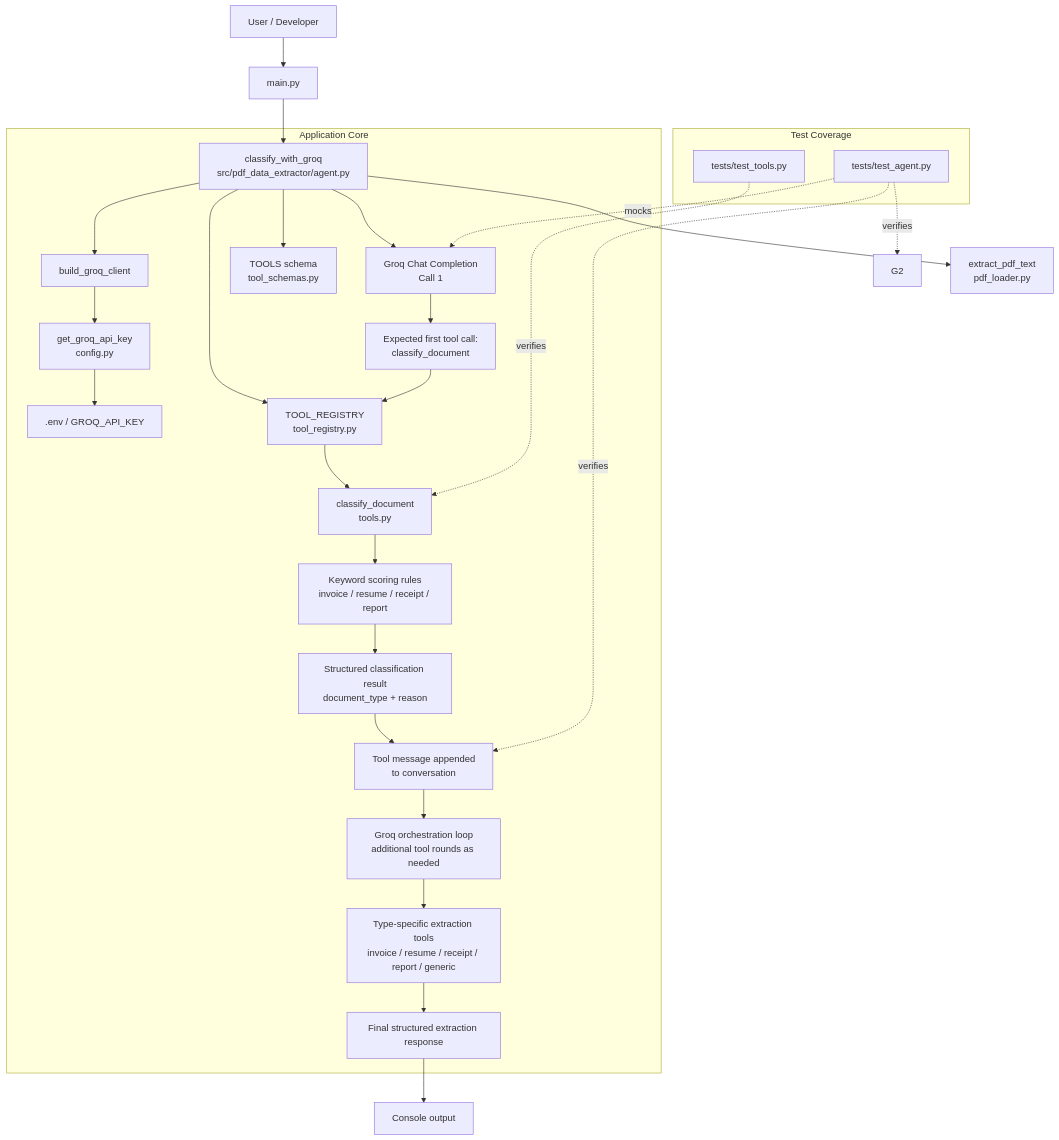
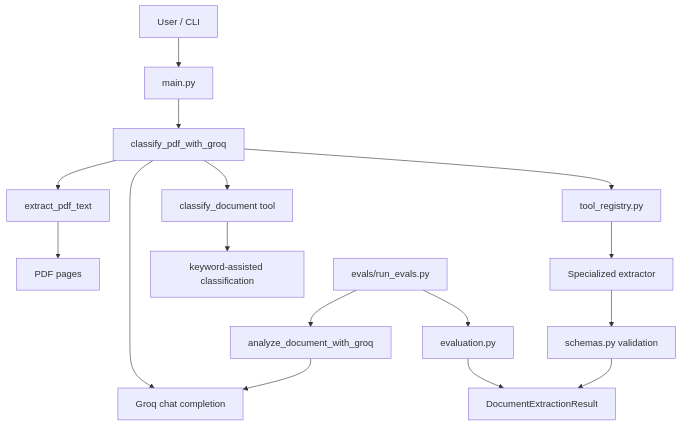
One commit to E-techgod/pdf-data-extractor changed the diagram in README.md. Above: the diagram before and after it, drawn with Mermaid. The commit also changed other lines of this file, not shown here.

````diff
--- a/README.md
+++ b/README.md
@@ -40,41 +51,19 @@
 ```mermaid
 flowchart TD
-    U[User / Developer] --> M[main.py]
-    M --> A[classify_with_groq<br/>src/pdf_data_extractor/agent.py]
+    U[User / CLI] --> M[main.py]
+    M --> P[classify_pdf_with_groq]
+    P --> L[extract_pdf_text]
+    L --> PDF[PDF pages]
+    P --> G[Groq chat completion]
+    P --> C[classify_document tool]
+    C --> K[keyword-assisted classification]
+    P --> R[tool_registry.py]
+    R --> X[Specialized extractor]
+    X --> S[schemas.py validation]
+    S --> O[DocumentExtractionResult]
 
-    subgraph AppCore[Application Core]
-        A --> C[build_groq_client]
-        C --> K[get_groq_api_key<br/>config.py]
-        K --> E[.env / GROQ_API_KEY]
-
-        A --> G1[Groq Chat Completion<br/>Call 1]
-        A --> S[TOOLS schema<br/>tool_schemas.py]
-        A --> R[TOOL_REGISTRY<br/>tool_registry.py]
-
-        G1 --> TC[Expected first tool call:<br/>classify_document]
-        TC --> R
-        R --> T[classify_document<br/>tools.py]
-
-        T --> KG[Keyword scoring rules<br/>invoice / resume / receipt / report]
-        KG --> CR[Structured classification result<br/>document_type + reason]
-
-        CR --> TM[Tool message appended<br/>to conversation]
-        TM --> GL[Groq orchestration loop<br/>additional tool rounds as needed]
-        GL --> EX[Type-specific extraction tools<br/>invoice / resume / receipt / report / generic]
-        EX --> FR[Final structured extraction response]
-    end
-
-    FR --> O[Console output]
-
-    subgraph Tests[Test Coverage]
-        TA[tests/test_agent.py]
-        TT[tests/test_tools.py]
-    end
-
-    TA -. mocks .-> G1
-    TA -. verifies .-> TM
-    TA -. verifies .-> G2
-    TT -. verifies .-> T
-
-    A --> P[extract_pdf_text<br/>pdf_loader.py]
+    E[evals/run_evals.py] --> A[analyze_document_with_groq]
+    A --> G
+    E --> V[evaluation.py]
+    V --> O
 ```
````
